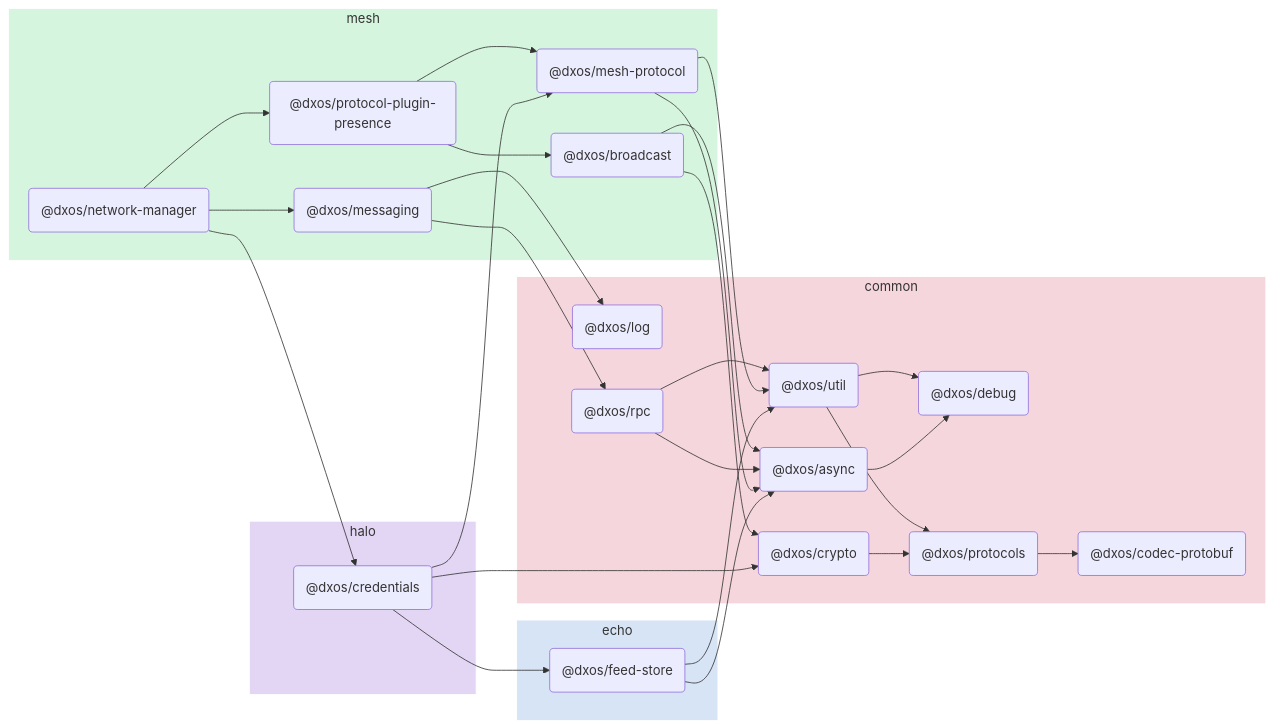
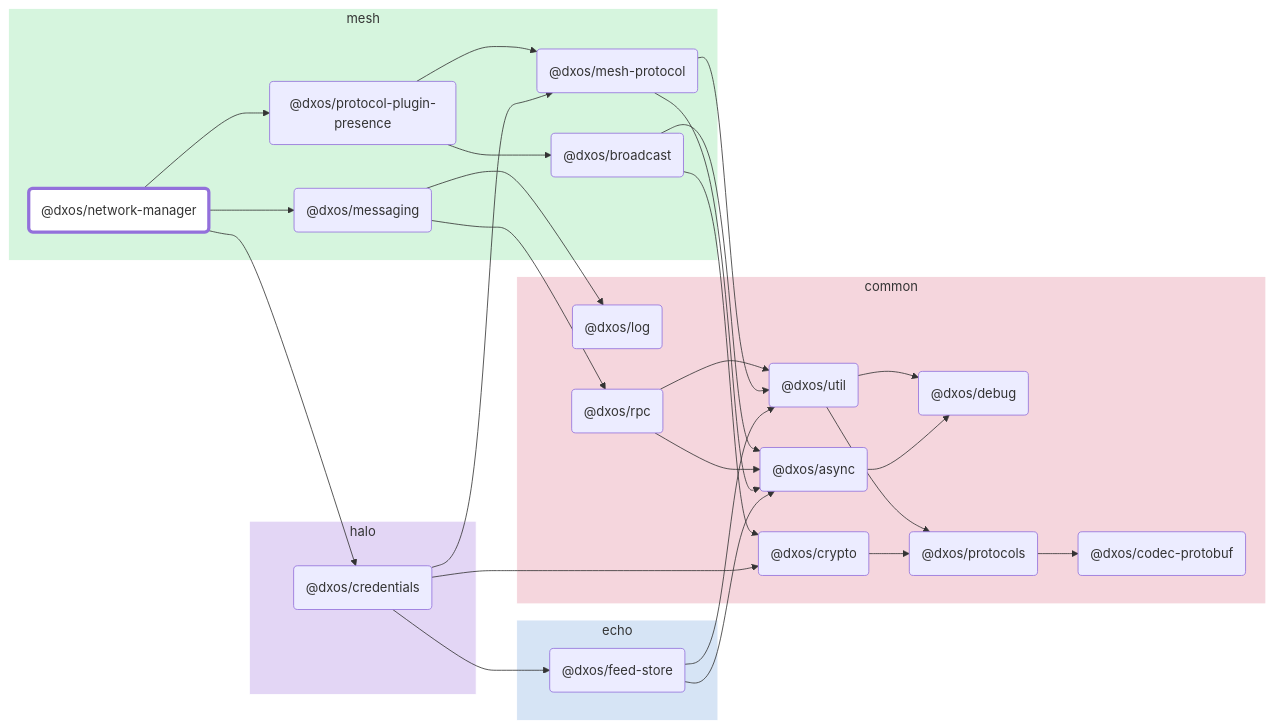
Before and after one commit to dxos/dxos: the diagram in packages/mesh/network-manager/docs/README.md, drawn with Mermaid. The commit also changed other lines of this file and 88 other files, not shown here.

````diff
--- a/packages/mesh/network-manager/docs/README.md
+++ b/packages/mesh/network-manager/docs/README.md
@@ -5,58 +7,75 @@
 ```mermaid
 flowchart LR;
+
+style dxos/network-manager fill:#fff,stroke-width:4px;
+
+click dxos/async "https:/github.com/dxos/dxos/tree/main/packages/common/async/docs";
+click dxos/debug "https:/github.com/dxos/dxos/tree/main/packages/common/debug/docs";
+click dxos/codec-protobuf "https:/github.com/dxos/dxos/tree/main/packages/common/codec-protobuf/docs";
+click dxos/credentials "https:/github.com/dxos/dxos/tree/main/packages/halo/credentials/docs";
+click dxos/crypto "https:/github.com/dxos/dxos/tree/main/packages/common/crypto/docs";
+click dxos/feed-store "https:/github.com/dxos/dxos/tree/main/packages/echo/feed-store/docs";
+click dxos/mesh-protocol "https:/github.com/dxos/dxos/tree/main/packages/mesh/mesh-protocol/docs";
+click dxos/protocols "https:/github.com/dxos/dxos/tree/main/packages/common/protocols/docs";
+click dxos/util "https:/github.com/dxos/dxos/tree/main/packages/common/util/docs";
+click dxos/log "https:/github.com/dxos/dxos/tree/main/packages/common/log/docs";
+click dxos/messaging "https:/github.com/dxos/dxos/tree/main/packages/mesh/messaging/docs";
+click dxos/rpc "https:/github.com/dxos/dxos/tree/main/packages/common/rpc/docs";
+click dxos/protocol-plugin-presence "https:/github.com/dxos/dxos/tree/main/packages/mesh/protocol-plugin-presence/docs";
+click dxos/broadcast "https:/github.com/dxos/dxos/tree/main/packages/mesh/broadcast/docs";
 
 subgraph mesh
   style mesh fill:#d6f5de,stroke:#fff;
   dxos/network-manager("@dxos/network-manager");
   dxos/mesh-protocol("@dxos/mesh-protocol");
   dxos/messaging("@dxos/messaging");
   dxos/protocol-plugin-presence("@dxos/protocol-plugin-presence");
   dxos/broadcast("@dxos/broadcast");
 end
 
 subgraph common
   style common fill:#f5d6dd,stroke:#fff;
   dxos/async("@dxos/async");
   dxos/debug("@dxos/debug");
   dxos/codec-protobuf("@dxos/codec-protobuf");
   dxos/crypto("@dxos/crypto");
   dxos/protocols("@dxos/protocols");
   dxos/util("@dxos/util");
   dxos/log("@dxos/log");
   dxos/rpc("@dxos/rpc");
 end
 
 subgraph halo
   style halo fill:#e3d6f5,stroke:#fff;
   dxos/credentials("@dxos/credentials");
 end
 
 subgraph echo
   style echo fill:#d6e4f5,stroke:#fff;
   dxos/feed-store("@dxos/feed-store");
 end
 
 dxos/async --> dxos/debug;
 dxos/network-manager --> dxos/credentials;
 dxos/credentials --> dxos/crypto;
 dxos/crypto --> dxos/protocols;
 dxos/protocols --> dxos/codec-protobuf;
 dxos/credentials --> dxos/feed-store;
 dxos/feed-store --> dxos/async;
 dxos/feed-store --> dxos/util;
 dxos/util --> dxos/debug;
 dxos/util --> dxos/protocols;
 dxos/credentials --> dxos/mesh-protocol;
 dxos/mesh-protocol --> dxos/async;
 dxos/mesh-protocol --> dxos/util;
 dxos/network-manager --> dxos/messaging;
 dxos/messaging --> dxos/log;
 dxos/messaging --> dxos/rpc;
 dxos/rpc --> dxos/async;
 dxos/rpc --> dxos/util;
 dxos/network-manager --> dxos/protocol-plugin-presence;
 dxos/protocol-plugin-presence --> dxos/broadcast;
 dxos/broadcast --> dxos/async;
 dxos/broadcast --> dxos/crypto;
 dxos/protocol-plugin-presence --> dxos/mesh-protocol;
 ```
````
